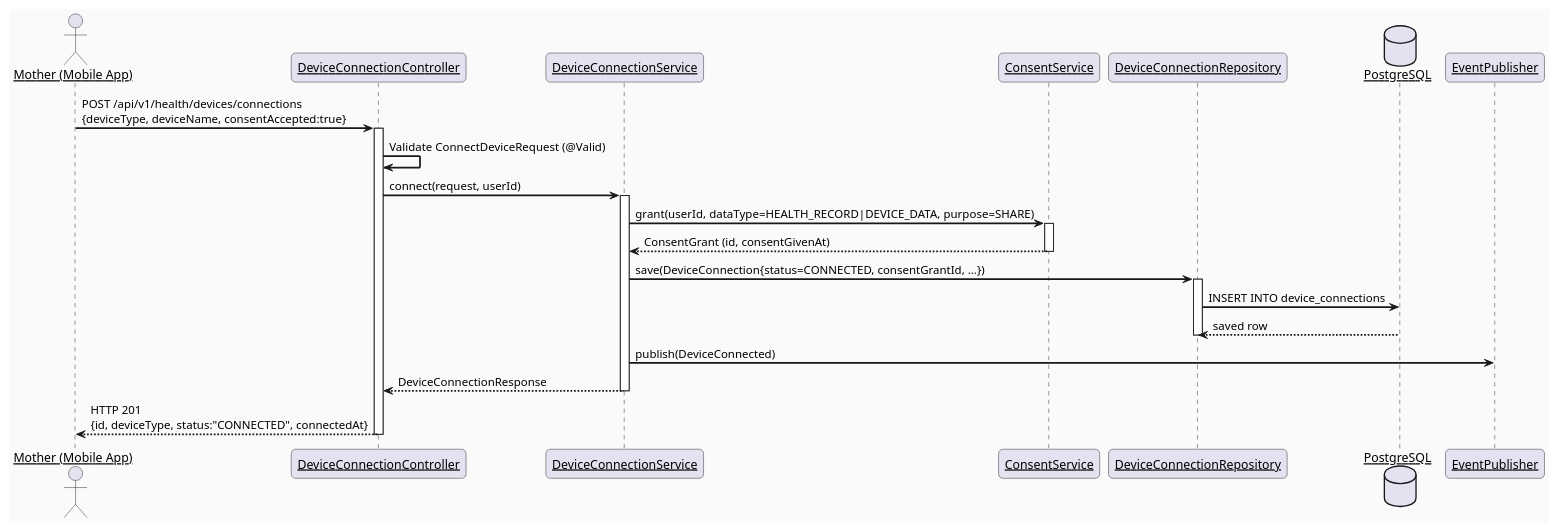
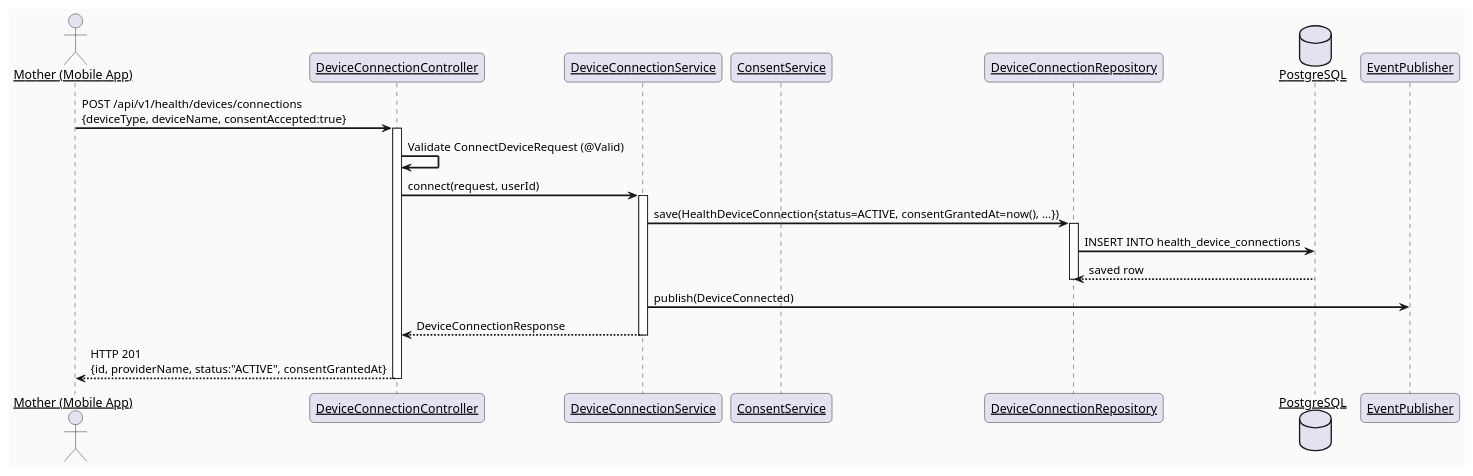
The second of 5 diagrams in 04_Implement/UC66_ConnectHealthDevice/UC66_ConnectHealthDevice_TDS.md (ChuongBDHE172784/CareBridge_SEP490_G79), drawn with PlantUML before and after one commit. The commit also changed other lines of this file and 95 other files, not shown here.

````diff
--- a/04_Implement/UC66_ConnectHealthDevice/UC66_ConnectHealthDevice_TDS.md
+++ b/04_Implement/UC66_ConnectHealthDevice/UC66_ConnectHealthDevice_TDS.md
@@ -350,41 +333,36 @@
 ```plantuml
 @startuml UC66_SequenceDiagram_HappyPath
 skinparam sequenceArrowThickness 2
 skinparam roundcorner 10
 skinparam sequenceParticipant underline
 skinparam backgroundColor #FAFAFA
 
 actor       "Mother (Mobile App)" as Client
 participant "DeviceConnectionController" as Controller
 participant "DeviceConnectionService"    as Service
 participant "ConsentService"             as Consent
 participant "DeviceConnectionRepository" as Repository
 database    "PostgreSQL"                 as DB
 participant "EventPublisher"             as Publisher
 
 Client -> Controller : POST /api/v1/health/devices/connections\n{deviceType, deviceName, consentAccepted:true}
 activate Controller
 Controller -> Controller : Validate ConnectDeviceRequest (@Valid)
 Controller -> Service : connect(request, userId)
 activate Service
 
-Service -> Consent : grant(userId, dataType=HEALTH_RECORD|DEVICE_DATA, purpose=SHARE)
-activate Consent
-Consent --> Service : ConsentGrant (id, consentGivenAt)
-deactivate Consent
-
-Service -> Repository : save(DeviceConnection{status=CONNECTED, consentGrantId, ...})
+Service -> Repository : save(HealthDeviceConnection{status=ACTIVE, consentGrantedAt=now(), ...})
 activate Repository
-Repository -> DB : INSERT INTO device_connections
+Repository -> DB : INSERT INTO health_device_connections
 DB --> Repository : saved row
 deactivate Repository
 
 Service -> Publisher : publish(DeviceConnected)
 Service --> Controller : DeviceConnectionResponse
 deactivate Service
 
-Controller --> Client : HTTP 201\n{id, deviceType, status:"CONNECTED", connectedAt}
+Controller --> Client : HTTP 201\n{id, providerName, status:"ACTIVE", consentGrantedAt}
 deactivate Controller
 
 @enduml
 ```
````
